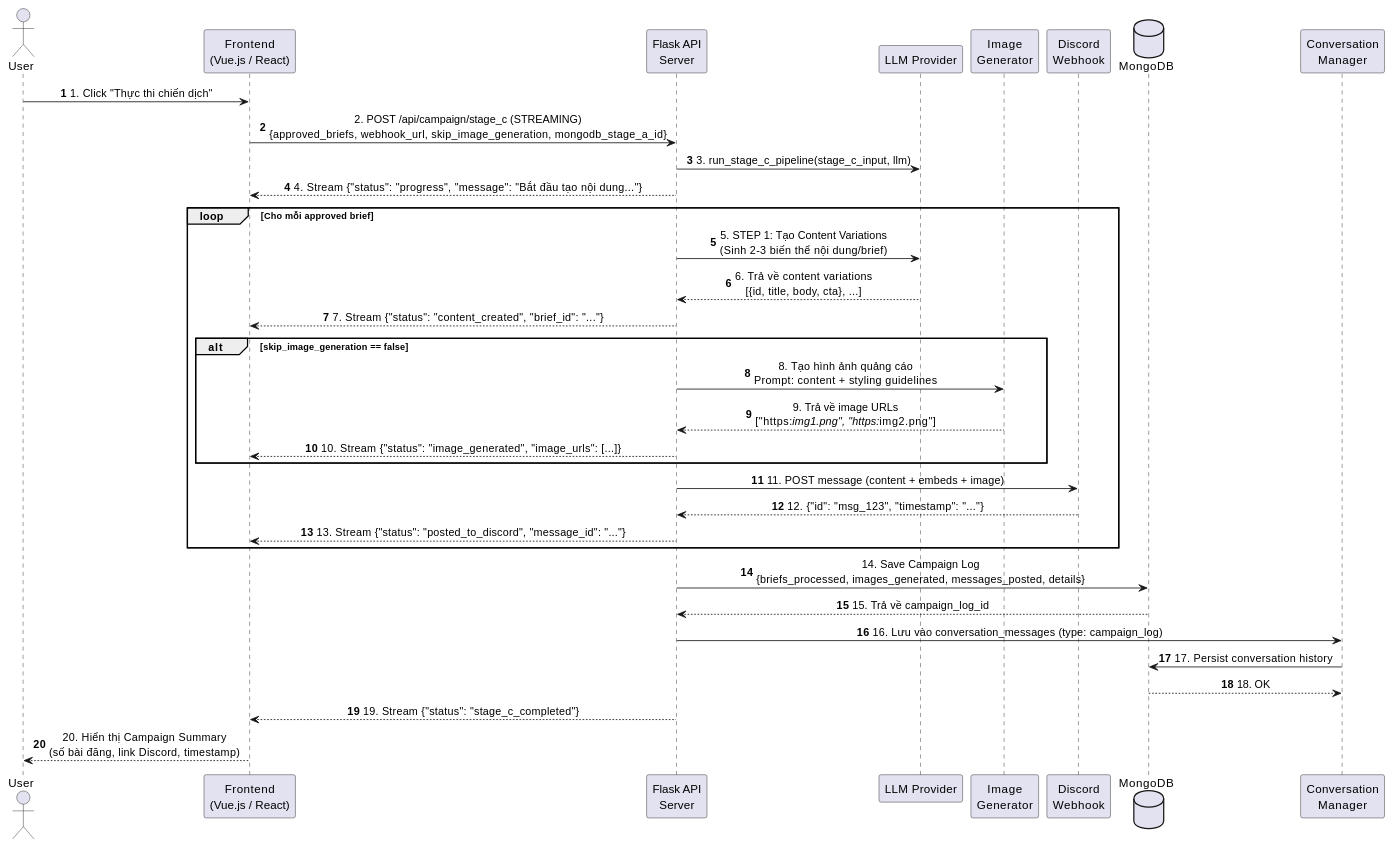
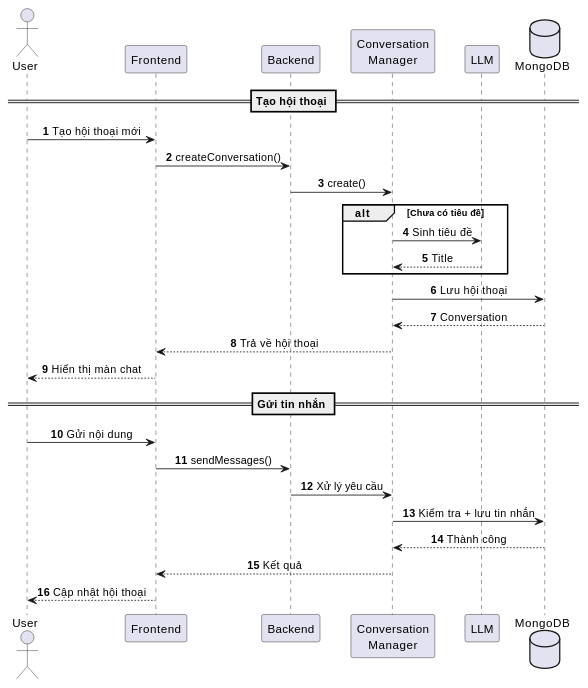
Diagram 11 of 12 in diagram.md (vien10022003/MarketMind-AI), drawn with PlantUML before and after one commit. The commit also changed other lines of this file, not shown here.

Commit message:
chỉnh sửa các biểu đồ trong báo cáo để dễ nhìn và dễ đọc hơn

```diff
--- a/diagram.md
+++ b/diagram.md
@@ -341,45 +370,41 @@
-@startuml Sequence_StageC_Immediate
+@startuml Sequence_Conversation_Simplified
 autonumber
 skinparam sequenceMessageAlign center
 skinparam responseMessageBelowArrow true
-skinparam participantStyle rectangle
 
 actor User as U
-participant "Frontend\n(Vue.js / React)" as FE
-participant "Flask API\nServer" as API
-participant "LLM Provider" as LLM
-participant "Image\nGenerator" as IMG
-participant "Discord\nWebhook" as DC
+participant "Frontend" as FE
+participant "Backend" as API
+participant "Conversation\nManager" as CM
+participant "LLM" as LLM
 database "MongoDB" as DB
-participant "Conversation\nManager" as CM
 
-U -> FE: 1. Click "Thực thi chiến dịch"
-FE -> API: 2. POST /api/campaign/stage_c (STREAMING)\n{approved_briefs, webhook_url, skip_image_generation, mongodb_stage_a_id}
+== Tạo hội thoại ==
 
-API -> LLM: 3. run_stage_c_pipeline(stage_c_input, llm)
-API --> FE: 4. Stream {"status": "progress", "message": "Bắt đầu tạo nội dung..."}
+U -> FE: Tạo hội thoại mới
+FE -> API: createConversation()
+API -> CM: create()
 
-loop Cho mỗi approved brief
-    API -> LLM: 5. STEP 1: Tạo Content Variations\n(Sinh 2-3 biến thể nội dung/brief)
-    LLM --> API: 6. Trả về content variations\n[{id, title, body, cta}, ...]
-    API --> FE: 7. Stream {"status": "content_created", "brief_id": "..."}
-    
-    alt skip_image_generation == false
-        API -> IMG: 8. Tạo hình ảnh quảng cáo\nPrompt: content + styling guidelines
-        IMG --> API: 9. Trả về image URLs\n["https://img1.png", "https://img2.png"]
-        API --> FE: 10. Stream {"status": "image_generated", "image_urls": [...]}
-    end
-    
-    API -> DC: 11. POST message (content + embeds + image)
-    DC --> API: 12. {"id": "msg_123", "timestamp": "..."}
-    API --> FE: 13. Stream {"status": "posted_to_discord", "message_id": "..."}
+alt Chưa có tiêu đề
+CM -> LLM: Sinh tiêu đề
+LLM --> CM: Title
 end
 
-API -> DB: 14. Save Campaign Log\n{briefs_processed, images_generated, messages_posted, details}
-DB --> API: 15. Trả về campaign_log_id
-API -> CM: 16. Lưu vào conversation_messages (type: campaign_log)
-CM -> DB: 17. Persist conversation history
-DB --> CM: 18. OK
-API --> FE: 19. Stream {"status": "stage_c_completed"}
-FE --> U: 20. Hiển thị Campaign Summary\n(số bài đăng, link Discord, timestamp)
+CM -> DB: Lưu hội thoại
+DB --> CM: Conversation
+CM --> FE: Trả về hội thoại
+FE --> U: Hiển thị màn chat
+
+== Gửi tin nhắn ==
+
+U -> FE: Gửi nội dung
+FE -> API: sendMessages()
+API -> CM: Xử lý yêu cầu
+
+CM -> DB: Kiểm tra + lưu tin nhắn
+DB --> CM: Thành công
+
+CM --> FE: Kết quả
+FE --> U: Cập nhật hội thoại
+
 @enduml
```
